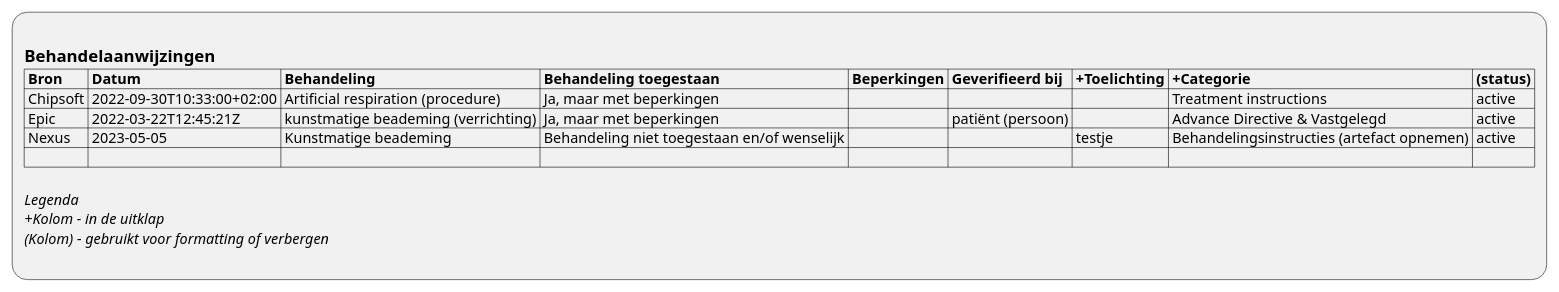
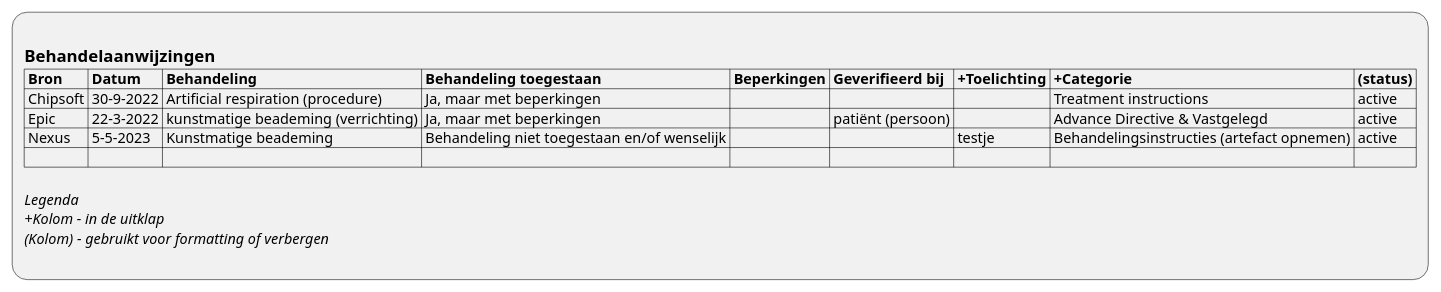
One commit to RIVO-Noord/zorgviewer-ig changed the diagram in input/images-source/ViewDefinition-Behandelaanwijzingen.plantuml. Above: the diagram before and after it, drawn with PlantUML. The commit also changed 14 other files, not shown here.

```diff
--- a/input/images-source/ViewDefinition-Behandelaanwijzingen.plantuml
+++ b/input/images-source/ViewDefinition-Behandelaanwijzingen.plantuml
@@ -1,14 +1,14 @@
 @startuml ViewDefinition-Behandelaanwijzingen
 :
 == Behandelaanwijzingen
 |= Bron |= Datum |= Behandeling |= Behandeling toegestaan |= Beperkingen |= Geverifieerd bij |= +Toelichting |= +Categorie |= (status) |
-| Chipsoft | 2022-09-30T10:33:00+02:00 | Artificial respiration (procedure) | Ja, maar met beperkingen |  |  |  | Treatment instructions | active |
-| Epic | 2022-03-22T12:45:21Z | kunstmatige beademing (verrichting) | Ja, maar met beperkingen |  | patiënt (persoon) |  | Advance Directive & Vastgelegd | active |
-| Nexus | 2023-05-05 | Kunstmatige beademing | Behandeling niet toegestaan en/of wenselijk |  |  | testje | Behandelingsinstructies (artefact opnemen) | active |
+| Chipsoft | 30-9-2022 | Artificial respiration (procedure) | Ja, maar met beperkingen |  |  |  | Treatment instructions | active |
+| Epic | 22-3-2022 | kunstmatige beademing (verrichting) | Ja, maar met beperkingen |  | patiënt (persoon) |  | Advance Directive & Vastgelegd | active |
+| Nexus | 5-5-2023 | Kunstmatige beademing | Behandeling niet toegestaan en/of wenselijk |  |  | testje | Behandelingsinstructies (artefact opnemen) | active |
 | |
 
 //Legenda//
 //+Kolom - in de uitklap//
 //(Kolom) - gebruikt voor formatting of verbergen//
 ;
 @enduml
```
